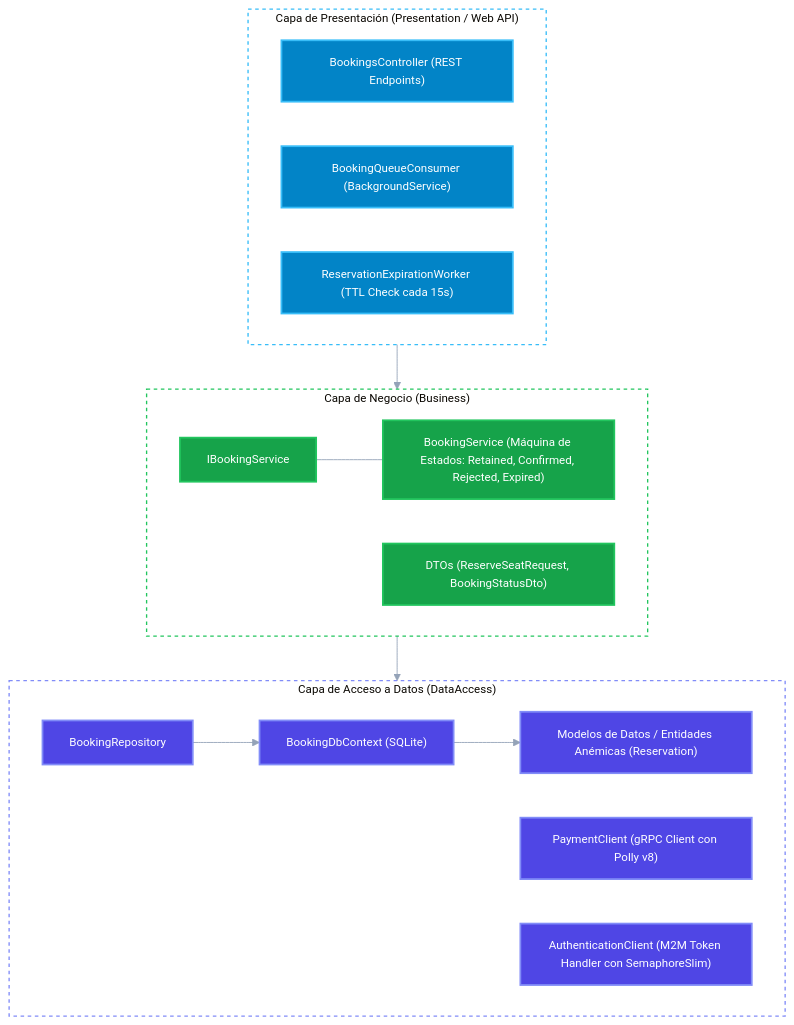
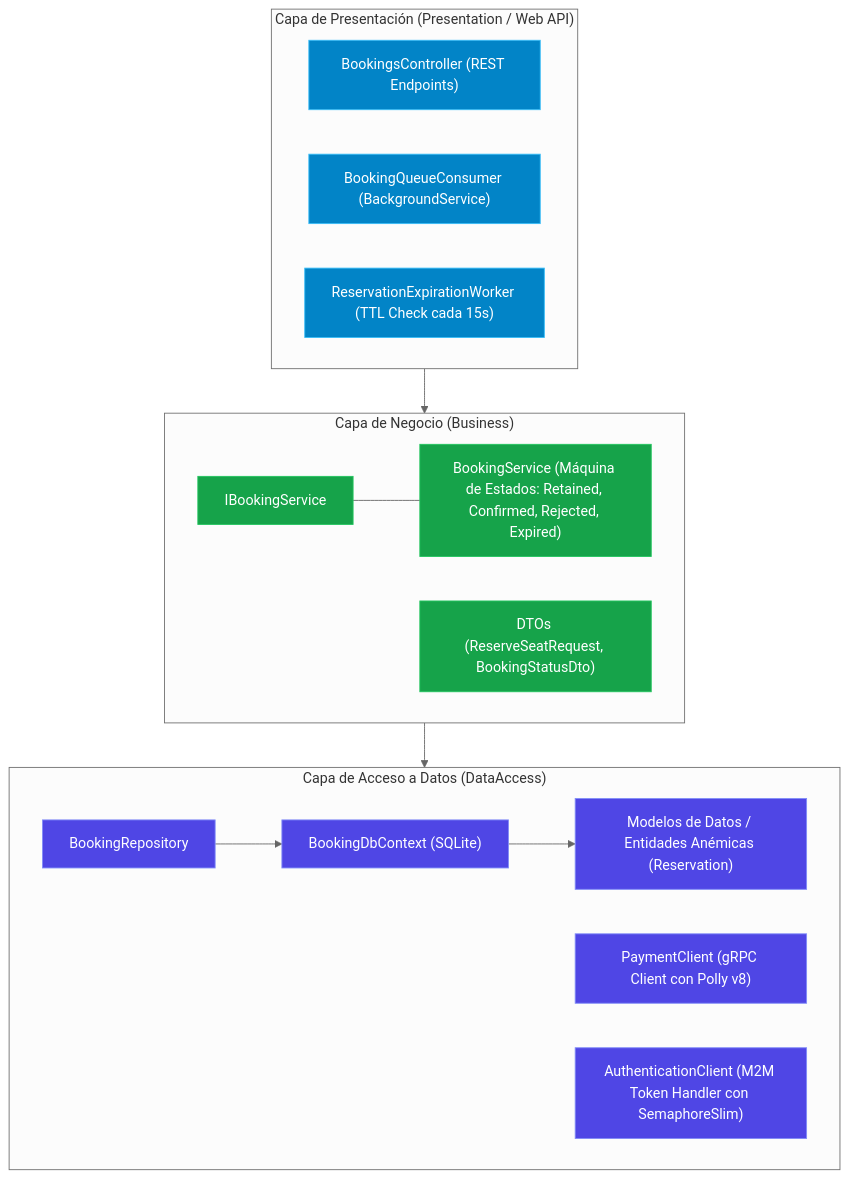
Before and after one commit to arza-developer/tp-distribuidos-grupo2-asientos: the third of 5 diagrams in docs/diagramas_arquitectura.md, drawn with Mermaid. The commit also changed other lines of this file and 11 other files, not shown here.

Commit message:
docs: corregir contraste neutral mermaid, eliminar inconsistencias y sincronizar e2e

````diff
--- a/docs/diagramas_arquitectura.md
+++ b/docs/diagramas_arquitectura.md
@@ -186,51 +148,37 @@
 ```mermaid
-%%{init: {
-  'theme': 'base',
-  'themeVariables': {
-    'fontSize': '13px',
-    'fontFamily': 'Segoe UI, Helvetica, sans-serif',
-    'textColor': '#f8fafc',
-    'lineColor': '#94a3b8',
-    'edgeLabelBackground': '#1e293b'
-  }
-}}%%
+%%{init: {'theme': 'neutral'}}%%
 flowchart TD
     subgraph Presentation["Capa de Presentación (Presentation / Web API)"]
         BookingsCtrl["BookingsController (REST Endpoints)"]
         QueueWorker["BookingQueueConsumer (BackgroundService)"]
         ExpireWorker["ReservationExpirationWorker (TTL Check cada 15s)"]
     end
 
     subgraph Business["Capa de Negocio (Business)"]
         IBookingSvc["IBookingService"]
         BookingSvc["BookingService (Máquina de Estados: Retained, Confirmed, Rejected, Expired)"]
         DTOs["DTOs (ReserveSeatRequest, BookingStatusDto)"]
         IBookingSvc --- BookingSvc
     end
 
     subgraph DataAccess["Capa de Acceso a Datos (DataAccess)"]
         Repo["BookingRepository"]
         Context["BookingDbContext (SQLite)"]
         PaymentCli["PaymentClient (gRPC Client con Polly v8)"]
         AuthCli["AuthenticationClient (M2M Token Handler con SemaphoreSlim)"]
         Entities["Modelos de Datos / Entidades Anémicas (Reservation)"]
     end
 
     Presentation --> Business
     Business --> DataAccess
     Repo --> Context
     Context --> Entities
 
-    %% Colores N-Layer
-    classDef presLayer fill:#0284c7,stroke:#38bdf8,stroke-width:2px,color:#ffffff;
-    classDef bizLayer fill:#16a34a,stroke:#22c55e,stroke-width:2px,color:#ffffff;
-    classDef dataLayer fill:#4f46e5,stroke:#818cf8,stroke-width:2px,color:#ffffff;
+    classDef presLayer fill:#0284c7,stroke:#38bdf8,color:#ffffff;
+    classDef bizLayer fill:#16a34a,stroke:#22c55e,color:#ffffff;
+    classDef dataLayer fill:#4f46e5,stroke:#818cf8,color:#ffffff;
 
     class BookingsCtrl,QueueWorker,ExpireWorker presLayer;
     class IBookingSvc,BookingSvc,DTOs bizLayer;
     class Repo,Context,PaymentCli,AuthCli,Entities dataLayer;
-
-    style Presentation stroke:#38bdf8,stroke-width:1.5px,stroke-dasharray: 4 4,fill:none
-    style Business stroke:#22c55e,stroke-width:1.5px,stroke-dasharray: 4 4,fill:none
-    style DataAccess stroke:#818cf8,stroke-width:1.5px,stroke-dasharray: 4 4,fill:none
 ```
````
